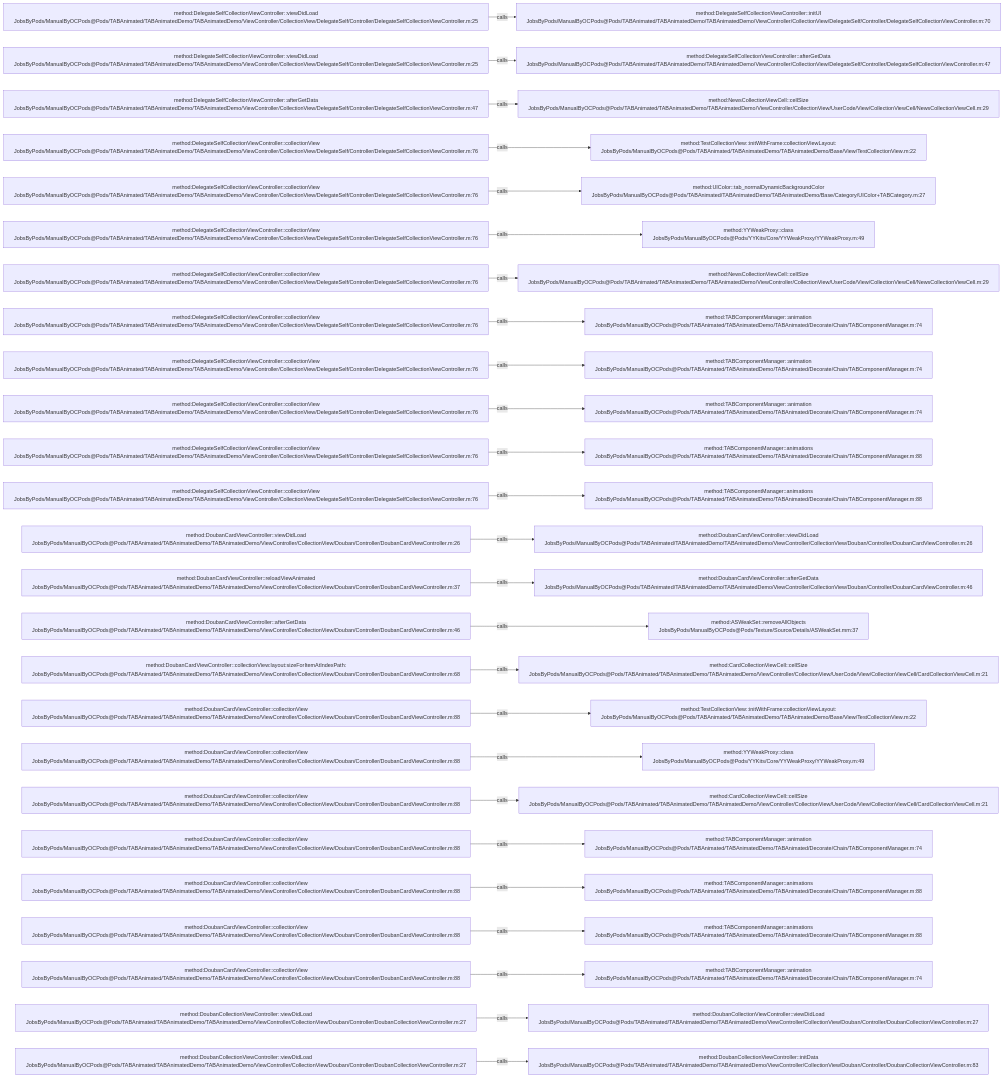
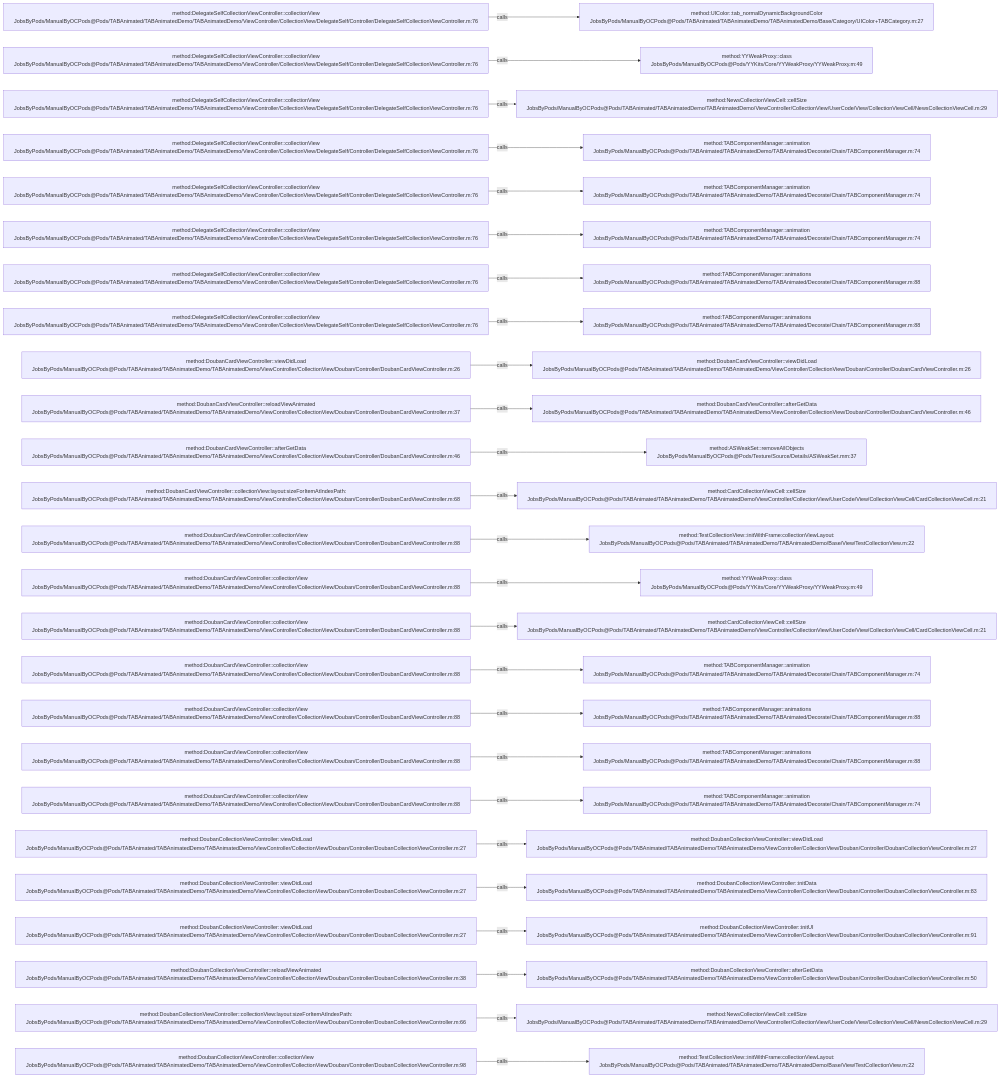
The diagram in .codegraph/codegraph.md/graphs/calls-046.md (JobsKits/JobsOCBaseConfigDemo), drawn with Mermaid before and after one commit. The commit also changed 727 other files, not shown here.

````diff
--- a/.codegraph/codegraph.md/graphs/calls-046.md
+++ b/.codegraph/codegraph.md/graphs/calls-046.md
@@ -13,78 +13,78 @@
 ```mermaid
 flowchart LR
-  S1["method:DelegateSelfCollectionViewController::viewDidLoad<br/>JobsByPods/ManualByOCPods@Pods/TABAnimated/TABAnimatedDemo/TABAnimatedDemo/ViewController/CollectionView/DelegateSelf/Controller/DelegateSelfCollectionViewController.m:25"]
-  T1["method:DelegateSelfCollectionViewController::initUI<br/>JobsByPods/ManualByOCPods@Pods/TABAnimated/TABAnimatedDemo/TABAnimatedDemo/ViewController/CollectionView/DelegateSelf/Controller/DelegateSelfCollectionViewController.m:70"]
+  S1["method:DelegateSelfCollectionViewController::collectionView<br/>JobsByPods/ManualByOCPods@Pods/TABAnimated/TABAnimatedDemo/TABAnimatedDemo/ViewController/CollectionView/DelegateSelf/Controller/DelegateSelfCollectionViewController.m:76"]
+  T1["method:UIColor::tab_normalDynamicBackgroundColor<br/>JobsByPods/ManualByOCPods@Pods/TABAnimated/TABAnimatedDemo/TABAnimatedDemo/Base/Category/UIColor+TABCategory.m:27"]
   S1 -->|calls| T1
-  S2["method:DelegateSelfCollectionViewController::viewDidLoad<br/>JobsByPods/ManualByOCPods@Pods/TABAnimated/TABAnimatedDemo/TABAnimatedDemo/ViewController/CollectionView/DelegateSelf/Controller/DelegateSelfCollectionViewController.m:25"]
-  T2["method:DelegateSelfCollectionViewController::afterGetData<br/>JobsByPods/ManualByOCPods@Pods/TABAnimated/TABAnimatedDemo/TABAnimatedDemo/ViewController/CollectionView/DelegateSelf/Controller/DelegateSelfCollectionViewController.m:47"]
+  S2["method:DelegateSelfCollectionViewController::collectionView<br/>JobsByPods/ManualByOCPods@Pods/TABAnimated/TABAnimatedDemo/TABAnimatedDemo/ViewController/CollectionView/DelegateSelf/Controller/DelegateSelfCollectionViewController.m:76"]
+  T2["method:YYWeakProxy::class<br/>JobsByPods/ManualByOCPods@Pods/YYKits/Core/YYWeakProxy/YYWeakProxy.m:49"]
   S2 -->|calls| T2
-  S3["method:DelegateSelfCollectionViewController::afterGetData<br/>JobsByPods/ManualByOCPods@Pods/TABAnimated/TABAnimatedDemo/TABAnimatedDemo/ViewController/CollectionView/DelegateSelf/Controller/DelegateSelfCollectionViewController.m:47"]
+  S3["method:DelegateSelfCollectionViewController::collectionView<br/>JobsByPods/ManualByOCPods@Pods/TABAnimated/TABAnimatedDemo/TABAnimatedDemo/ViewController/CollectionView/DelegateSelf/Controller/DelegateSelfCollectionViewController.m:76"]
   T3["method:NewsCollectionViewCell::cellSize<br/>JobsByPods/ManualByOCPods@Pods/TABAnimated/TABAnimatedDemo/TABAnimatedDemo/ViewController/CollectionView/UserCode/View/CollectionViewCell/NewsCollectionViewCell.m:29"]
   S3 -->|calls| T3
   S4["method:DelegateSelfCollectionViewController::collectionView<br/>JobsByPods/ManualByOCPods@Pods/TABAnimated/TABAnimatedDemo/TABAnimatedDemo/ViewController/CollectionView/DelegateSelf/Controller/DelegateSelfCollectionViewController.m:76"]
-  T4["method:TestCollectionView::initWithFrame:collectionViewLayout:<br/>JobsByPods/ManualByOCPods@Pods/TABAnimated/TABAnimatedDemo/TABAnimatedDemo/Base/View/TestCollectionView.m:22"]
+  T4["method:TABComponentManager::animation<br/>JobsByPods/ManualByOCPods@Pods/TABAnimated/TABAnimatedDemo/TABAnimated/Decorate/Chain/TABComponentManager.m:74"]
   S4 -->|calls| T4
   S5["method:DelegateSelfCollectionViewController::collectionView<br/>JobsByPods/ManualByOCPods@Pods/TABAnimated/TABAnimatedDemo/TABAnimatedDemo/ViewController/CollectionView/DelegateSelf/Controller/DelegateSelfCollectionViewController.m:76"]
-  T5["method:UIColor::tab_normalDynamicBackgroundColor<br/>JobsByPods/ManualByOCPods@Pods/TABAnimated/TABAnimatedDemo/TABAnimatedDemo/Base/Category/UIColor+TABCategory.m:27"]
+  T5["method:TABComponentManager::animation<br/>JobsByPods/ManualByOCPods@Pods/TABAnimated/TABAnimatedDemo/TABAnimated/Decorate/Chain/TABComponentManager.m:74"]
   S5 -->|calls| T5
   S6["method:DelegateSelfCollectionViewController::collectionView<br/>JobsByPods/ManualByOCPods@Pods/TABAnimated/TABAnimatedDemo/TABAnimatedDemo/ViewController/CollectionView/DelegateSelf/Controller/DelegateSelfCollectionViewController.m:76"]
-  T6["method:YYWeakProxy::class<br/>JobsByPods/ManualByOCPods@Pods/YYKits/Core/YYWeakProxy/YYWeakProxy.m:49"]
+  T6["method:TABComponentManager::animation<br/>JobsByPods/ManualByOCPods@Pods/TABAnimated/TABAnimatedDemo/TABAnimated/Decorate/Chain/TABComponentManager.m:74"]
   S6 -->|calls| T6
   S7["method:DelegateSelfCollectionViewController::collectionView<br/>JobsByPods/ManualByOCPods@Pods/TABAnimated/TABAnimatedDemo/TABAnimatedDemo/ViewController/CollectionView/DelegateSelf/Controller/DelegateSelfCollectionViewController.m:76"]
-  T7["method:NewsCollectionViewCell::cellSize<br/>JobsByPods/ManualByOCPods@Pods/TABAnimated/TABAnimatedDemo/TABAnimatedDemo/ViewController/CollectionView/UserCode/View/CollectionViewCell/NewsCollectionViewCell.m:29"]
+  T7["method:TABComponentManager::animations<br/>JobsByPods/ManualByOCPods@Pods/TABAnimated/TABAnimatedDemo/TABAnimated/Decorate/Chain/TABComponentManager.m:88"]
   S7 -->|calls| T7
   S8["method:DelegateSelfCollectionViewController::collectionView<br/>JobsByPods/ManualByOCPods@Pods/TABAnimated/TABAnimatedDemo/TABAnimatedDemo/ViewController/CollectionView/DelegateSelf/Controller/DelegateSelfCollectionViewController.m:76"]
-  T8["method:TABComponentManager::animation<br/>JobsByPods/ManualByOCPods@Pods/TABAnimated/TABAnimatedDemo/TABAnimated/Decorate/Chain/TABComponentManager.m:74"]
+  T8["method:TABComponentManager::animations<br/>JobsByPods/ManualByOCPods@Pods/TABAnimated/TABAnimatedDemo/TABAnimated/Decorate/Chain/TABComponentManager.m:88"]
   S8 -->|calls| T8
-  S9["method:DelegateSelfCollectionViewController::collectionView<br/>JobsByPods/ManualByOCPods@Pods/TABAnimated/TABAnimatedDemo/TABAnimatedDemo/ViewController/CollectionView/DelegateSelf/Controller/DelegateSelfCollectionViewController.m:76"]
-  T9["method:TABComponentManager::animation<br/>JobsByPods/ManualByOCPods@Pods/TABAnimated/TABAnimatedDemo/TABAnimated/Decorate/Chain/TABComponentManager.m:74"]
+  S9["method:DoubanCardViewController::viewDidLoad<br/>JobsByPods/ManualByOCPods@Pods/TABAnimated/TABAnimatedDemo/TABAnimatedDemo/ViewController/CollectionView/Douban/Controller/DoubanCardViewController.m:26"]
+  T9["method:DoubanCardViewController::viewDidLoad<br/>JobsByPods/ManualByOCPods@Pods/TABAnimated/TABAnimatedDemo/TABAnimatedDemo/ViewController/CollectionView/Douban/Controller/DoubanCardViewController.m:26"]
   S9 -->|calls| T9
-  S10["method:DelegateSelfCollectionViewController::collectionView<br/>JobsByPods/ManualByOCPods@Pods/TABAnimated/TABAnimatedDemo/TABAnimatedDemo/ViewController/CollectionView/DelegateSelf/Controller/DelegateSelfCollectionViewController.m:76"]
-  T10["method:TABComponentManager::animation<br/>JobsByPods/ManualByOCPods@Pods/TABAnimated/TABAnimatedDemo/TABAnimated/Decorate/Chain/TABComponentManager.m:74"]
+  S10["method:DoubanCardViewController::reloadViewAnimated<br/>JobsByPods/ManualByOCPods@Pods/TABAnimated/TABAnimatedDemo/TABAnimatedDemo/ViewController/CollectionView/Douban/Controller/DoubanCardViewController.m:37"]
+  T10["method:DoubanCardViewController::afterGetData<br/>JobsByPods/ManualByOCPods@Pods/TABAnimated/TABAnimatedDemo/TABAnimatedDemo/ViewController/CollectionView/Douban/Controller/DoubanCardViewController.m:46"]
   S10 -->|calls| T10
-  S11["method:DelegateSelfCollectionViewController::collectionView<br/>JobsByPods/ManualByOCPods@Pods/TABAnimated/TABAnimatedDemo/TABAnimatedDemo/ViewController/CollectionView/DelegateSelf/Controller/DelegateSelfCollectionViewController.m:76"]
-  T11["method:TABComponentManager::animations<br/>JobsByPods/ManualByOCPods@Pods/TABAnimated/TABAnimatedDemo/TABAnimated/Decorate/Chain/TABComponentManager.m:88"]
+  S11["method:DoubanCardViewController::afterGetData<br/>JobsByPods/ManualByOCPods@Pods/TABAnimated/TABAnimatedDemo/TABAnimatedDemo/ViewController/CollectionView/Douban/Controller/DoubanCardViewController.m:46"]
+  T11["method:ASWeakSet::removeAllObjects<br/>JobsByPods/ManualByOCPods@Pods/Texture/Source/Details/ASWeakSet.mm:37"]
   S11 -->|calls| T11
-  S12["method:DelegateSelfCollectionViewController::collectionView<br/>JobsByPods/ManualByOCPods@Pods/TABAnimated/TABAnimatedDemo/TABAnimatedDemo/ViewController/CollectionView/DelegateSelf/Controller/DelegateSelfCollectionViewController.m:76"]
-  T12["method:TABComponentManager::animations<br/>JobsByPods/ManualByOCPods@Pods/TABAnimated/TABAnimatedDemo/TABAnimated/Decorate/Chain/TABComponentManager.m:88"]
+  S12["method:DoubanCardViewController::collectionView:layout:sizeForItemAtIndexPath:<br/>JobsByPods/ManualByOCPods@Pods/TABAnimated/TABAnimatedDemo/TABAnimatedDemo/ViewController/CollectionView/Douban/Controller/DoubanCardViewController.m:68"]
+  T12["method:CardCollectionViewCell::cellSize<br/>JobsByPods/ManualByOCPods@Pods/TABAnimated/TABAnimatedDemo/TABAnimatedDemo/ViewController/CollectionView/UserCode/View/CollectionViewCell/CardCollectionViewCell.m:21"]
   S12 -->|calls| T12
-  S13["method:DoubanCardViewController::viewDidLoad<br/>JobsByPods/ManualByOCPods@Pods/TABAnimated/TABAnimatedDemo/TABAnimatedDemo/ViewController/CollectionView/Douban/Controller/DoubanCardViewController.m:26"]
-  T13["method:DoubanCardViewController::viewDidLoad<br/>JobsByPods/ManualByOCPods@Pods/TABAnimated/TABAnimatedDemo/TABAnimatedDemo/ViewController/CollectionView/Douban/Controller/DoubanCardViewController.m:26"]
+  S13["method:DoubanCardViewController::collectionView<br/>JobsByPods/ManualByOCPods@Pods/TABAnimated/TABAnimatedDemo/TABAnimatedDemo/ViewController/CollectionView/Douban/Controller/DoubanCardViewController.m:88"]
+  T13["method:TestCollectionView::initWithFrame:collectionViewLayout:<br/>JobsByPods/ManualByOCPods@Pods/TABAnimated/TABAnimatedDemo/TABAnimatedDemo/Base/View/TestCollectionView.m:22"]
   S13 -->|calls| T13
-  S14["method:DoubanCardViewController::reloadViewAnimated<br/>JobsByPods/ManualByOCPods@Pods/TABAnimated/TABAnimatedDemo/TABAnimatedDemo/ViewController/CollectionView/Douban/Controller/DoubanCardViewController.m:37"]
-  T14["method:DoubanCardViewController::afterGetData<br/>JobsByPods/ManualByOCPods@Pods/TABAnimated/TABAnimatedDemo/TABAnimatedDemo/ViewController/CollectionView/Douban/Controller/DoubanCardViewController.m:46"]
+  S14["method:DoubanCardViewController::collectionView<br/>JobsByPods/ManualByOCPods@Pods/TABAnimated/TABAnimatedDemo/TABAnimatedDemo/ViewController/CollectionView/Douban/Controller/DoubanCardViewController.m:88"]
+  T14["method:YYWeakProxy::class<br/>JobsByPods/ManualByOCPods@Pods/YYKits/Core/YYWeakProxy/YYWeakProxy.m:49"]
   S14 -->|calls| T14
-  S15["method:DoubanCardViewController::afterGetData<br/>JobsByPods/ManualByOCPods@Pods/TABAnimated/TABAnimatedDemo/TABAnimatedDemo/ViewController/CollectionView/Douban/Controller/DoubanCardViewController.m:46"]
-  T15["method:ASWeakSet::removeAllObjects<br/>JobsByPods/ManualByOCPods@Pods/Texture/Source/Details/ASWeakSet.mm:37"]
+  S15["method:DoubanCardViewController::collectionView<br/>JobsByPods/ManualByOCPods@Pods/TABAnimated/TABAnimatedDemo/TABAnimatedDemo/ViewController/CollectionView/Douban/Controller/DoubanCardViewController.m:88"]
+  T15["method:CardCollectionViewCell::cellSize<br/>JobsByPods/ManualByOCPods@Pods/TABAnimated/TABAnimatedDemo/TABAnimatedDemo/ViewController/CollectionView/UserCode/View/CollectionViewCell/CardCollectionViewCell.m:21"]
   S15 -->|calls| T15
-  S16["method:DoubanCardViewController::collectionView:layout:sizeForItemAtIndexPath:<br/>JobsByPods/ManualByOCPods@Pods/TABAnimated/TABAnimatedDemo/TABAnimatedDemo/ViewController/CollectionView/Douban/Controller/DoubanCardViewController.m:68"]
-  T16["method:CardCollectionViewCell::cellSize<br/>JobsByPods/ManualByOCPods@Pods/TABAnimated/TABAnimatedDemo/TABAnimatedDemo/ViewController/CollectionView/UserCode/View/CollectionViewCell/CardCollectionViewCell.m:21"]
+  S16["method:DoubanCardViewController::collectionView<br/>JobsByPods/ManualByOCPods@Pods/TABAnimated/TABAnimatedDemo/TABAnimatedDemo/ViewController/CollectionView/Douban/Controller/DoubanCardViewController.m:88"]
+  T16["method:TABComponentManager::animation<br/>JobsByPods/ManualByOCPods@Pods/TABAnimated/TABAnimatedDemo/TABAnimated/Decorate/Chain/TABComponentManager.m:74"]
   S16 -->|calls| T16
   S17["method:DoubanCardViewController::collectionView<br/>JobsByPods/ManualByOCPods@Pods/TABAnimated/TABAnimatedDemo/TABAnimatedDemo/ViewController/CollectionView/Douban/Controller/DoubanCardViewController.m:88"]
-  T17["method:TestCollectionView::initWithFrame:collectionViewLayout:<br/>JobsByPods/ManualByOCPods@Pods/TABAnimated/TABAnimatedDemo/TABAnimatedDemo/Base/View/TestCollectionView.m:22"]
+  T17["method:TABComponentManager::animations<br/>JobsByPods/ManualByOCPods@Pods/TABAnimated/TABAnimatedDemo/TABAnimated/Decorate/Chain/TABComponentManager.m:88"]
   S17 -->|calls| T17
   S18["method:DoubanCardViewController::collectionView<br/>JobsByPods/ManualByOCPods@Pods/TABAnimated/TABAnimatedDemo/TABAnimatedDemo/ViewController/CollectionView/Douban/Controller/DoubanCardViewController.m:88"]
-  T18["method:YYWeakProxy::class<br/>JobsByPods/ManualByOCPods@Pods/YYKits/Core/YYWeakProxy/YYWeakProxy.m:49"]
+  T18["method:TABComponentManager::animations<br/>JobsByPods/ManualByOCPods@Pods/TABAnimated/TABAnimatedDemo/TABAnimated/Decorate/Chain/TABComponentManager.m:88"]
   S18 -->|calls| T18
   S19["method:DoubanCardViewController::collectionView<br/>JobsByPods/ManualByOCPods@Pods/TABAnimated/TABAnimatedDemo/TABAnimatedDemo/ViewController/CollectionView/Douban/Controller/DoubanCardViewController.m:88"]
-  T19["method:CardCollectionViewCell::cellSize<br/>JobsByPods/ManualByOCPods@Pods/TABAnimated/TABAnimatedDemo/TABAnimatedDemo/ViewController/CollectionView/UserCode/View/CollectionViewCell/CardCollectionViewCell.m:21"]
+  T19["method:TABComponentManager::animation<br/>JobsByPods/ManualByOCPods@Pods/TABAnimated/TABAnimatedDemo/TABAnimated/Decorate/Chain/TABComponentManager.m:74"]
   S19 -->|calls| T19
-  S20["method:DoubanCardViewController::collectionView<br/>JobsByPods/ManualByOCPods@Pods/TABAnimated/TABAnimatedDemo/TABAnimatedDemo/ViewController/CollectionView/Douban/Controller/DoubanCardViewController.m:88"]
-  T20["method:TABComponentManager::animation<br/>JobsByPods/ManualByOCPods@Pods/TABAnimated/TABAnimatedDemo/TABAnimated/Decorate/Chain/TABComponentManager.m:74"]
+  S20["method:DoubanCollectionViewController::viewDidLoad<br/>JobsByPods/ManualByOCPods@Pods/TABAnimated/TABAnimatedDemo/TABAnimatedDemo/ViewController/CollectionView/Douban/Controller/DoubanCollectionViewController.m:27"]
+  T20["method:DoubanCollectionViewController::viewDidLoad<br/>JobsByPods/ManualByOCPods@Pods/TABAnimated/TABAnimatedDemo/TABAnimatedDemo/ViewController/CollectionView/Douban/Controller/DoubanCollectionViewController.m:27"]
   S20 -->|calls| T20
-  S21["method:DoubanCardViewController::collectionView<br/>JobsByPods/ManualByOCPods@Pods/TABAnimated/TABAnimatedDemo/TABAnimatedDemo/ViewController/CollectionView/Douban/Controller/DoubanCardViewController.m:88"]
-  T21["method:TABComponentManager::animations<br/>JobsByPods/ManualByOCPods@Pods/TABAnimated/TABAnimatedDemo/TABAnimated/Decorate/Chain/TABComponentManager.m:88"]
+  S21["method:DoubanCollectionViewController::viewDidLoad<br/>JobsByPods/ManualByOCPods@Pods/TABAnimated/TABAnimatedDemo/TABAnimatedDemo/ViewController/CollectionView/Douban/Controller/DoubanCollectionViewController.m:27"]
+  T21["method:DoubanCollectionViewController::initData<br/>JobsByPods/ManualByOCPods@Pods/TABAnimated/TABAnimatedDemo/TABAnimatedDemo/ViewController/CollectionView/Douban/Controller/DoubanCollectionViewController.m:83"]
   S21 -->|calls| T21
-  S22["method:DoubanCardViewController::collectionView<br/>JobsByPods/ManualByOCPods@Pods/TABAnimated/TABAnimatedDemo/TABAnimatedDemo/ViewController/CollectionView/Douban/Controller/DoubanCardViewController.m:88"]
-  T22["method:TABComponentManager::animations<br/>JobsByPods/ManualByOCPods@Pods/TABAnimated/TABAnimatedDemo/TABAnimated/Decorate/Chain/TABComponentManager.m:88"]
+  S22["method:DoubanCollectionViewController::viewDidLoad<br/>JobsByPods/ManualByOCPods@Pods/TABAnimated/TABAnimatedDemo/TABAnimatedDemo/ViewController/CollectionView/Douban/Controller/DoubanCollectionViewController.m:27"]
+  T22["method:DoubanCollectionViewController::initUI<br/>JobsByPods/ManualByOCPods@Pods/TABAnimated/TABAnimatedDemo/TABAnimatedDemo/ViewController/CollectionView/Douban/Controller/DoubanCollectionViewController.m:91"]
   S22 -->|calls| T22
-  S23["method:DoubanCardViewController::collectionView<br/>JobsByPods/ManualByOCPods@Pods/TABAnimated/TABAnimatedDemo/TABAnimatedDemo/ViewController/CollectionView/Douban/Controller/DoubanCardViewController.m:88"]
-  T23["method:TABComponentManager::animation<br/>JobsByPods/ManualByOCPods@Pods/TABAnimated/TABAnimatedDemo/TABAnimated/Decorate/Chain/TABComponentManager.m:74"]
+  S23["method:DoubanCollectionViewController::reloadViewAnimated<br/>JobsByPods/ManualByOCPods@Pods/TABAnimated/TABAnimatedDemo/TABAnimatedDemo/ViewController/CollectionView/Douban/Controller/DoubanCollectionViewController.m:38"]
+  T23["method:DoubanCollectionViewController::afterGetData<br/>JobsByPods/ManualByOCPods@Pods/TABAnimated/TABAnimatedDemo/TABAnimatedDemo/ViewController/CollectionView/Douban/Controller/DoubanCollectionViewController.m:50"]
   S23 -->|calls| T23
-  S24["method:DoubanCollectionViewController::viewDidLoad<br/>JobsByPods/ManualByOCPods@Pods/TABAnimated/TABAnimatedDemo/TABAnimatedDemo/ViewController/CollectionView/Douban/Controller/DoubanCollectionViewController.m:27"]
-  T24["method:DoubanCollectionViewController::viewDidLoad<br/>JobsByPods/ManualByOCPods@Pods/TABAnimated/TABAnimatedDemo/TABAnimatedDemo/ViewController/CollectionView/Douban/Controller/DoubanCollectionViewController.m:27"]
+  S24["method:DoubanCollectionViewController::collectionView:layout:sizeForItemAtIndexPath:<br/>JobsByPods/ManualByOCPods@Pods/TABAnimated/TABAnimatedDemo/TABAnimatedDemo/ViewController/CollectionView/Douban/Controller/DoubanCollectionViewController.m:66"]
+  T24["method:NewsCollectionViewCell::cellSize<br/>JobsByPods/ManualByOCPods@Pods/TABAnimated/TABAnimatedDemo/TABAnimatedDemo/ViewController/CollectionView/UserCode/View/CollectionViewCell/NewsCollectionViewCell.m:29"]
   S24 -->|calls| T24
-  S25["method:DoubanCollectionViewController::viewDidLoad<br/>JobsByPods/ManualByOCPods@Pods/TABAnimated/TABAnimatedDemo/TABAnimatedDemo/ViewController/CollectionView/Douban/Controller/DoubanCollectionViewController.m:27"]
-  T25["method:DoubanCollectionViewController::initData<br/>JobsByPods/ManualByOCPods@Pods/TABAnimated/TABAnimatedDemo/TABAnimatedDemo/ViewController/CollectionView/Douban/Controller/DoubanCollectionViewController.m:83"]
+  S25["method:DoubanCollectionViewController::collectionView<br/>JobsByPods/ManualByOCPods@Pods/TABAnimated/TABAnimatedDemo/TABAnimatedDemo/ViewController/CollectionView/Douban/Controller/DoubanCollectionViewController.m:98"]
+  T25["method:TestCollectionView::initWithFrame:collectionViewLayout:<br/>JobsByPods/ManualByOCPods@Pods/TABAnimated/TABAnimatedDemo/TABAnimatedDemo/Base/View/TestCollectionView.m:22"]
   S25 -->|calls| T25
 ```
````
